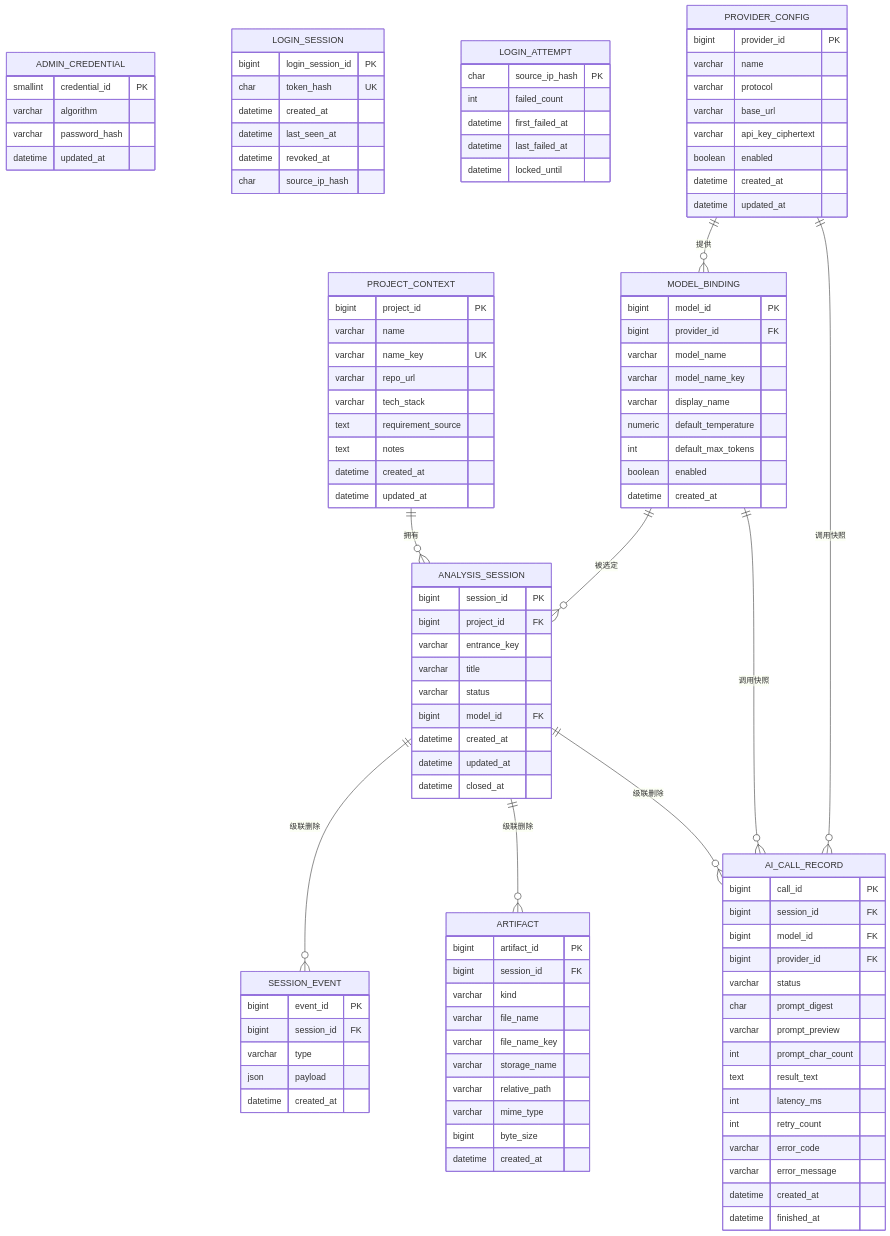
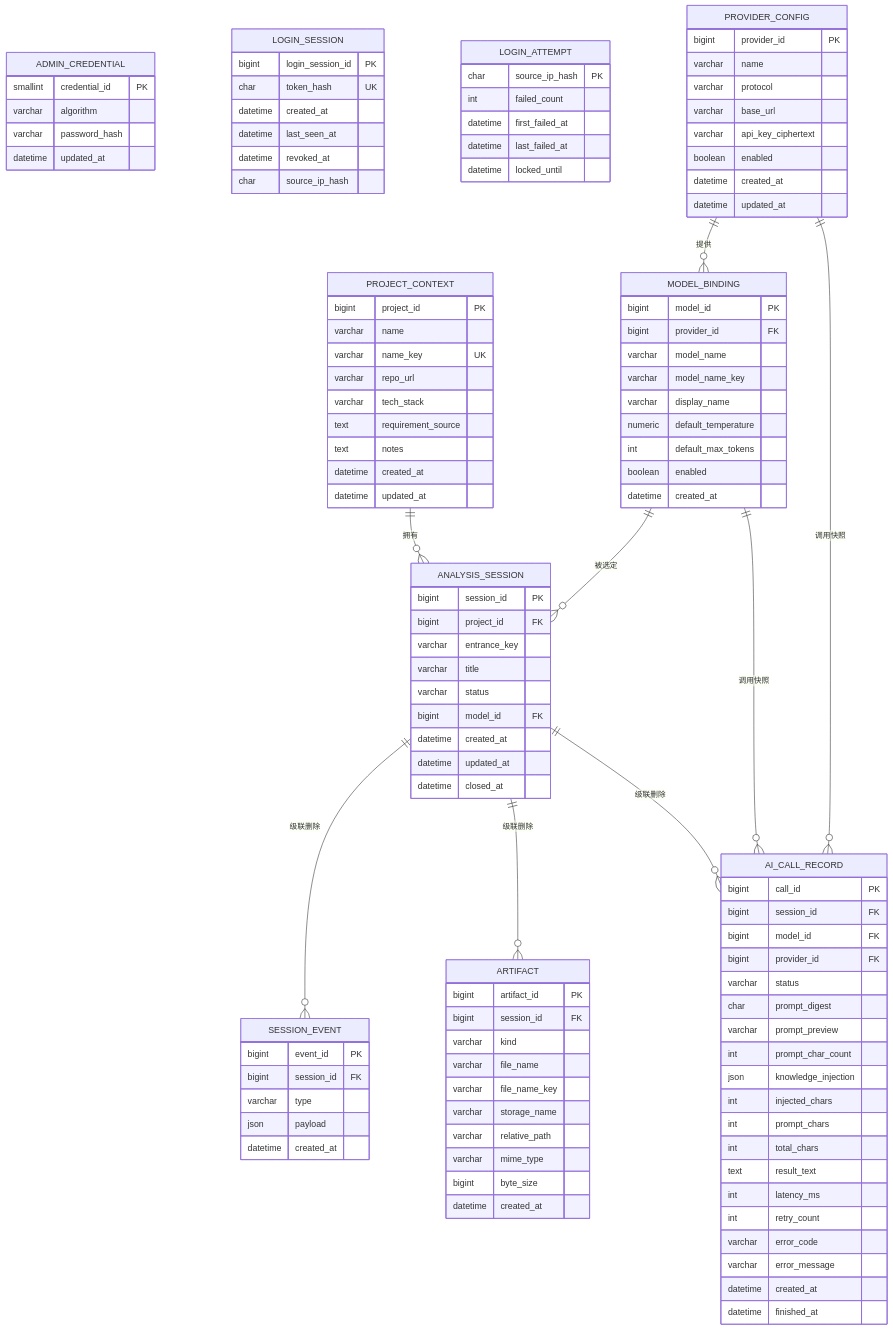
One commit to alontest/ai-test-workbench changed the eighth of 8 diagrams in specs/ai-test-workbench_20261117184149/technical-design/docs/flowchart.md. Above: the diagram before and after it, drawn with Mermaid. The commit also changed other lines of this file and 53 other files, not shown here.

```diff
--- a/specs/ai-test-workbench_20261117184149/technical-design/docs/flowchart.md
+++ b/specs/ai-test-workbench_20261117184149/technical-design/docs/flowchart.md
@@ -363,6 +389,10 @@
     char prompt_digest
     varchar prompt_preview
     int prompt_char_count
+    json knowledge_injection
+    int injected_chars
+    int prompt_chars
+    int total_chars
     text result_text
     int latency_ms
     int retry_count
```
